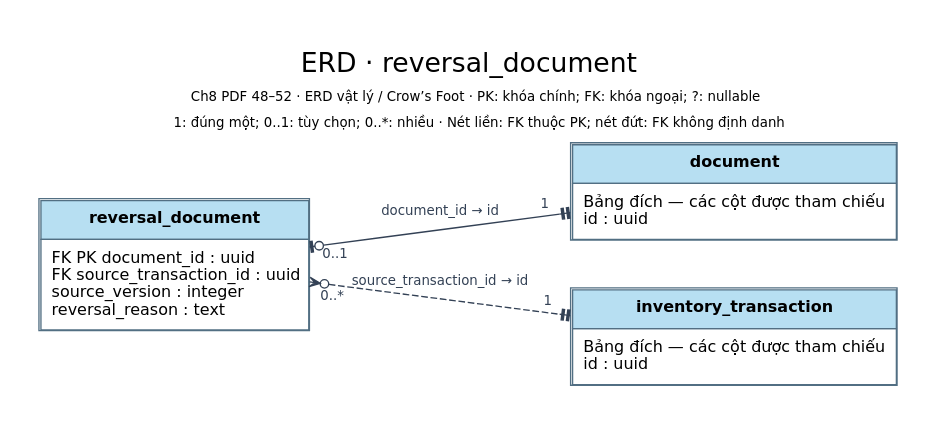
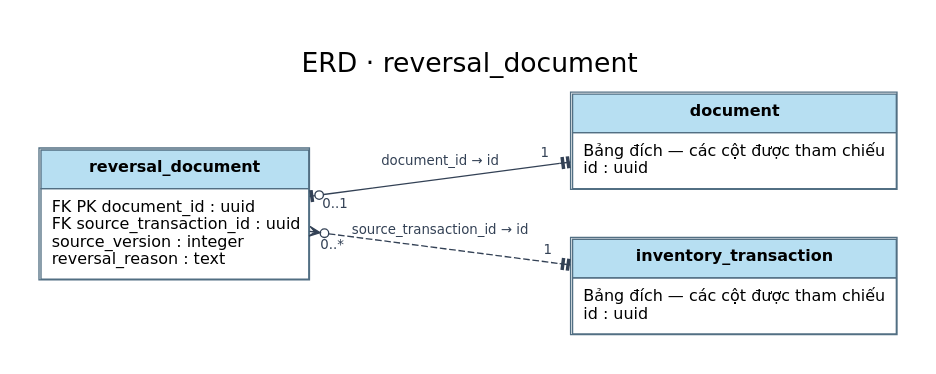
One commit to TEAM-DEV-FIVE/WMS_BA_2_0 changed the diagram in 03_So_do/Hien_hanh/dot/ERD_reversal_document.dot. Above: the diagram before and after it, drawn with Graphviz. The commit also changed 268 other files, not shown here.

Commit message:
docs: remove technical captions from current diagrams

```diff
--- a/03_So_do/Hien_hanh/dot/ERD_reversal_document.dot
+++ b/03_So_do/Hien_hanh/dot/ERD_reversal_document.dot
@@ -1,11 +1,11 @@
 digraph WMS {
 graph [rankdir=LR, bgcolor="white", nodesep=.5, ranksep=.9, pad=.3];
 node [shape=plain, fontname="DejaVu Sans", fontsize=12];
 edge [fontname="DejaVu Sans", fontsize=10, color="#334155", fontcolor="#334155", arrowsize=.8];
-label=<<TABLE BORDER="0" CELLBORDER="0" CELLPADDING="3"><TR><TD><FONT POINT-SIZE="20">ERD · reversal_document</FONT></TD></TR><TR><TD><FONT POINT-SIZE="10">Ch8 PDF 48–52 · ERD vật lý / Crow’s Foot · PK: khóa chính; FK: khóa ngoại; ?: nullable</FONT></TD></TR><TR><TD><FONT POINT-SIZE="10">1: đúng một; 0..1: tùy chọn; 0..*: nhiều · Nét liền: FK thuộc PK; nét đứt: FK không định danh</FONT></TD></TR></TABLE>>; labelloc=t; fontname="DejaVu Sans"; fontsize=16;
+label=<<TABLE BORDER="0" CELLBORDER="0" CELLPADDING="3"><TR><TD><FONT POINT-SIZE="20">ERD · reversal_document</FONT></TD></TR></TABLE>>; labelloc=t; fontname="DejaVu Sans"; fontsize=16;
 "reversal_document" [label=<<TABLE BORDER="1" CELLBORDER="1" CELLSPACING="0" CELLPADDING="7" COLOR="#526f83"><TR><TD BGCOLOR="#b7dff2"><B>reversal_document</B></TD></TR><TR><TD ALIGN="LEFT" BALIGN="LEFT">FK PK document_id : uuid<BR ALIGN="LEFT"/>FK source_transaction_id : uuid<BR ALIGN="LEFT"/>source_version : integer<BR ALIGN="LEFT"/>reversal_reason : text</TD></TR></TABLE>>];
 "document" [label=<<TABLE BORDER="1" CELLBORDER="1" CELLSPACING="0" CELLPADDING="7" COLOR="#526f83"><TR><TD BGCOLOR="#b7dff2"><B>document</B></TD></TR><TR><TD ALIGN="LEFT" BALIGN="LEFT">Bảng đích — các cột được tham chiếu<BR ALIGN="LEFT"/>id : uuid</TD></TR></TABLE>>];
 "inventory_transaction" [label=<<TABLE BORDER="1" CELLBORDER="1" CELLSPACING="0" CELLPADDING="7" COLOR="#526f83"><TR><TD BGCOLOR="#b7dff2"><B>inventory_transaction</B></TD></TR><TR><TD ALIGN="LEFT" BALIGN="LEFT">Bảng đích — các cột được tham chiếu<BR ALIGN="LEFT"/>id : uuid</TD></TR></TABLE>>];
 "reversal_document" -> "document" [label="document_id → id", dir="both", arrowtail="teeodot", arrowhead="teetee", taillabel="0..1", headlabel="1", labeldistance="2", style="solid"];
 "reversal_document" -> "inventory_transaction" [label="source_transaction_id → id", dir="both", arrowtail="crowodot", arrowhead="teetee", taillabel="0..*", headlabel="1", labeldistance="2", style="dashed"];
 }
```
